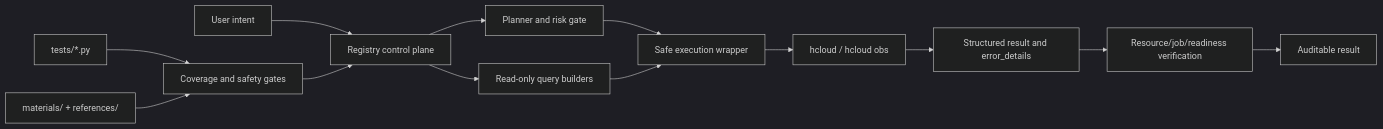
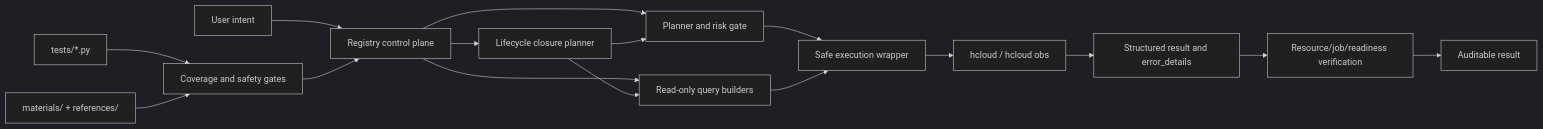
One commit to pipixia-labs/huaweicloud-skill changed the diagram in docs/technical-overview.md. Above: the diagram before and after it, drawn with Mermaid (dark theme). The commit also changed other lines of this file and 15 other files, not shown here.

Commit message:
Complete P0 lifecycle closure planning

````diff
--- a/docs/technical-overview.md
+++ b/docs/technical-overview.md
@@ -35,15 +35,18 @@
 ```mermaid
 flowchart LR
     Intent["User intent"] --> Registry["Registry control plane"]
+    Registry --> Closure["Lifecycle closure planner"]
     Registry --> Plan["Planner and risk gate"]
     Registry --> Query["Read-only query builders"]
+    Closure --> Plan
+    Closure --> Query
     Plan --> SafeExec["Safe execution wrapper"]
     Query --> SafeExec
     SafeExec --> HCloud["hcloud / hcloud obs"]
     HCloud --> Diagnosis["Structured result and error_details"]
     Diagnosis --> Verify["Resource/job/readiness verification"]
     Verify --> Result["Auditable result"]
     Tests["tests/*.py"] --> Gates["Coverage and safety gates"]
     Materials["materials/ + references/"] --> Gates
     Gates --> Registry
 ```
````
